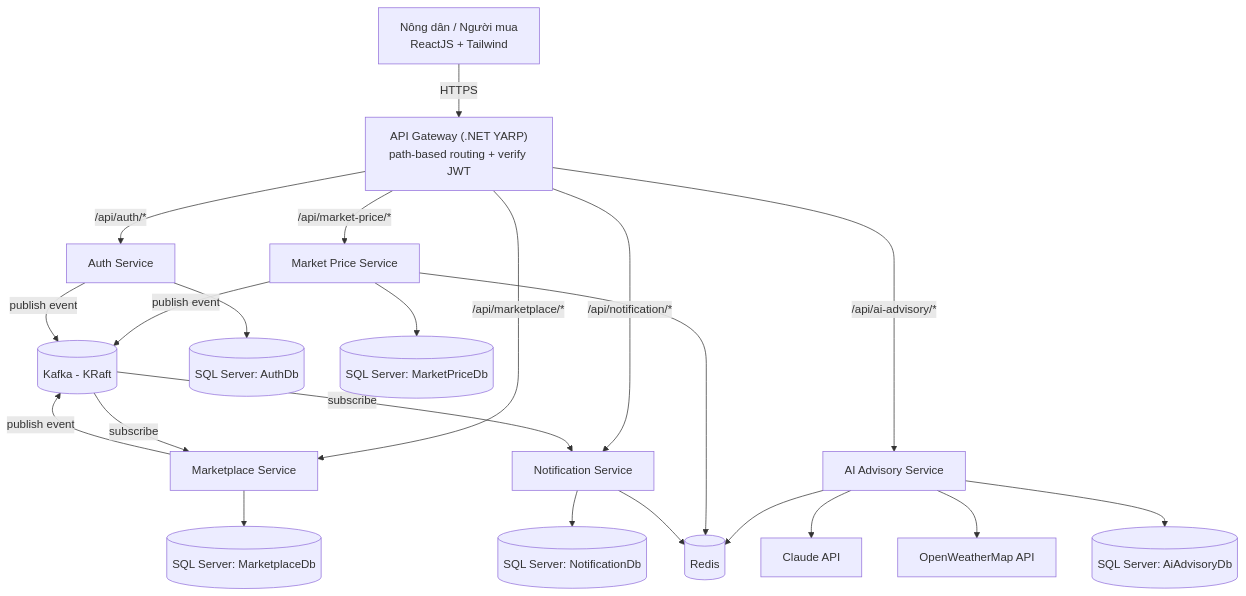
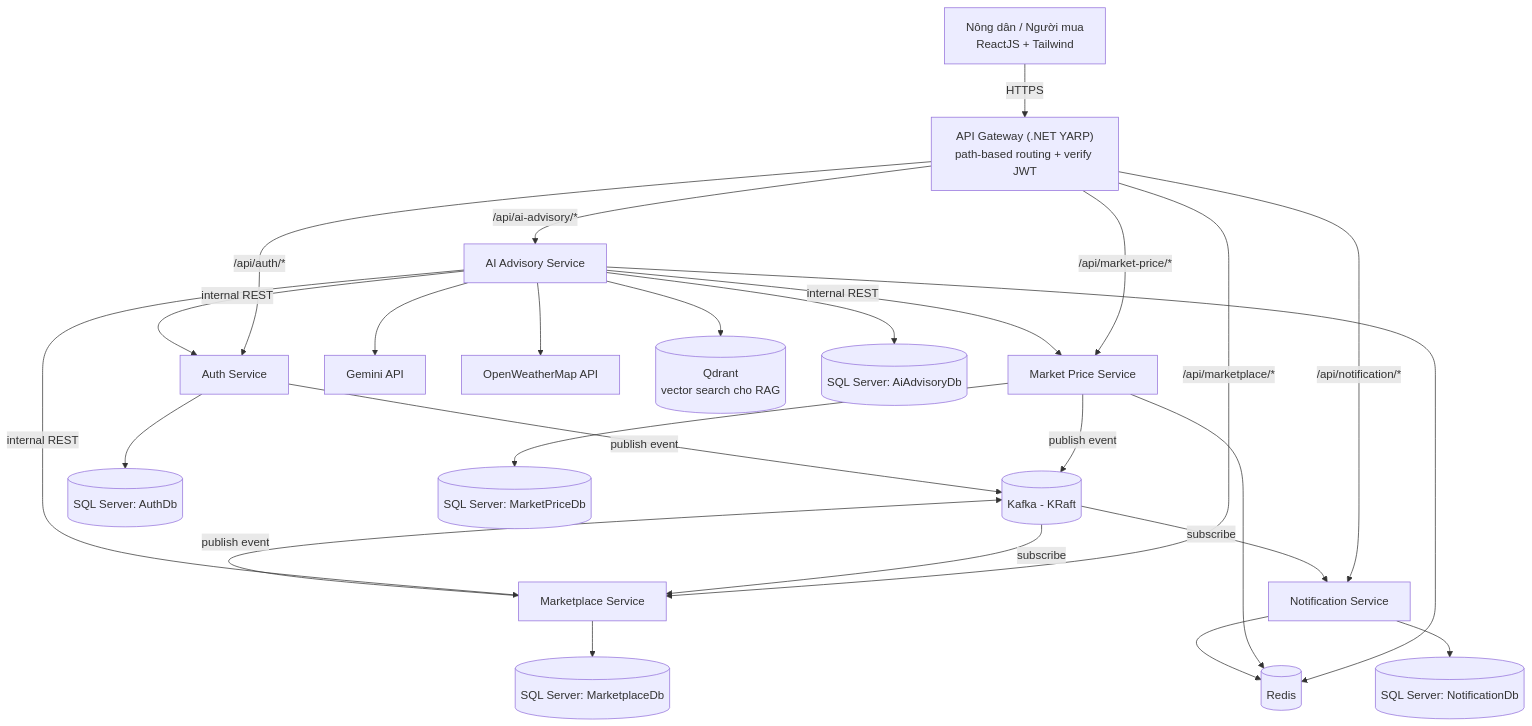
The diagram in docs/architecture/01-overview.md (Flakes23/HappyFarmer), drawn with Mermaid before and after one commit. The commit also changed other lines of this file and 26 other files, not shown here.

````diff
--- a/docs/architecture/01-overview.md
+++ b/docs/architecture/01-overview.md
@@ -5,27 +5,31 @@
 ```mermaid
 graph TD
   U["Nông dân / Người mua<br/>ReactJS + Tailwind"] -->|HTTPS| GW["API Gateway (.NET YARP)<br/>path-based routing + verify JWT"]
   GW -->|"/api/auth/*"| AUTH[Auth Service]
   GW -->|"/api/market-price/*"| MP[Market Price Service]
   GW -->|"/api/ai-advisory/*"| AI[AI Advisory Service]
   GW -->|"/api/marketplace/*"| MKT[Marketplace Service]
   GW -->|"/api/notification/*"| NOTI[Notification Service]
 
   MP -- publish event --> KAFKA[("Kafka - KRaft")]
   MKT -- publish event --> KAFKA
   AUTH -- publish event --> KAFKA
   KAFKA -- subscribe --> NOTI
   KAFKA -- subscribe --> MKT
 
-  AI --> CLAUDE[Claude API]
+  AI --> GEMINI[Gemini API]
   AI --> OWM[OpenWeatherMap API]
+  AI --> QDRANT[("Qdrant<br/>vector search cho RAG")]
+  AI -->|"internal REST"| MP
+  AI -->|"internal REST"| MKT
+  AI -->|"internal REST"| AUTH
   AI --> REDIS[("Redis")]
   MP --> REDIS
   NOTI --> REDIS
 
   AUTH --> SQL1[("SQL Server: AuthDb")]
   MP --> SQL2[("SQL Server: MarketPriceDb")]
   AI --> SQL3[("SQL Server: AiAdvisoryDb")]
   MKT --> SQL4[("SQL Server: MarketplaceDb")]
   NOTI --> SQL5[("SQL Server: NotificationDb")]
 ```
````
